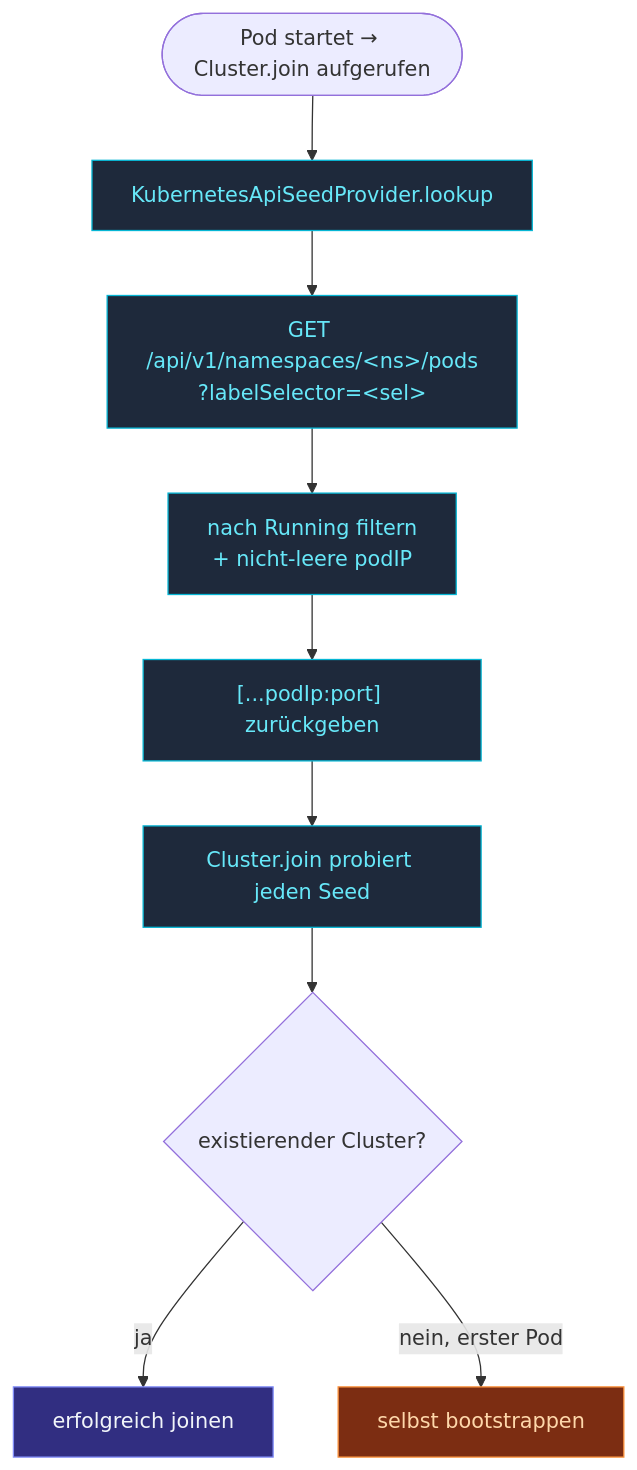
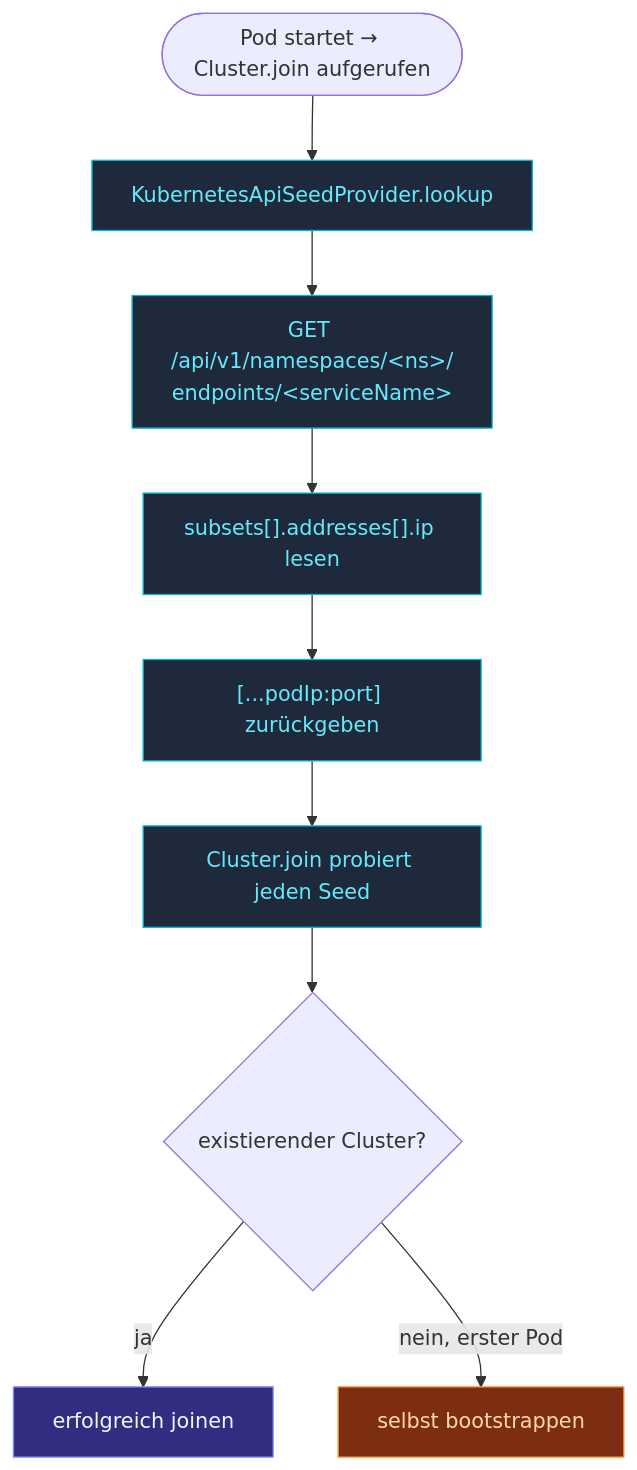
One commit to pathosDev/actor-ts changed the diagram in docs/src/content/docs/de/discovery/seed-providers/kubernetes-api.mdx. Above: the diagram before and after it, drawn with Mermaid. The commit also changed other lines of this file and 181 other files, not shown here.

````diff
--- a/docs/src/content/docs/de/discovery/seed-providers/kubernetes-api.mdx
+++ b/docs/src/content/docs/de/discovery/seed-providers/kubernetes-api.mdx
@@ -129,21 +137,21 @@
 ```mermaid
 flowchart TB
   START(["Pod startet → Cluster.join aufgerufen"])
   LOOKUP["KubernetesApiSeedProvider.lookup"]
-  API["GET /api/v1/namespaces/&lt;ns&gt;/pods<br/>?labelSelector=&lt;sel&gt;"]
-  FILTER["nach Running filtern<br/>+ nicht-leere podIP"]
+  API["GET /api/v1/namespaces/&lt;ns&gt;/<br/>endpoints/&lt;serviceName&gt;"]
+  FILTER["subsets[].addresses[].ip lesen"]
   RETURN["[...podIp:port] zurückgeben"]
   JOIN["Cluster.join probiert jeden Seed"]
   CHECK{"existierender Cluster?"}
   OK["erfolgreich joinen"]
   BOOT["selbst bootstrappen"]
   START --> LOOKUP --> API --> FILTER --> RETURN --> JOIN --> CHECK
   CHECK -- "ja" --> OK
   CHECK -- "nein, erster Pod" --> BOOT
   classDef step fill:#1e293b,stroke:#06b6d4,color:#67e8f9;
   classDef ok   fill:#312e81,stroke:#818cf8,color:#f1f5f9;
   classDef warn fill:#7c2d12,stroke:#fb923c,color:#fed7aa;
   class LOOKUP,API,FILTER,RETURN,JOIN step
   class OK ok
   class BOOT warn
 ```
````
